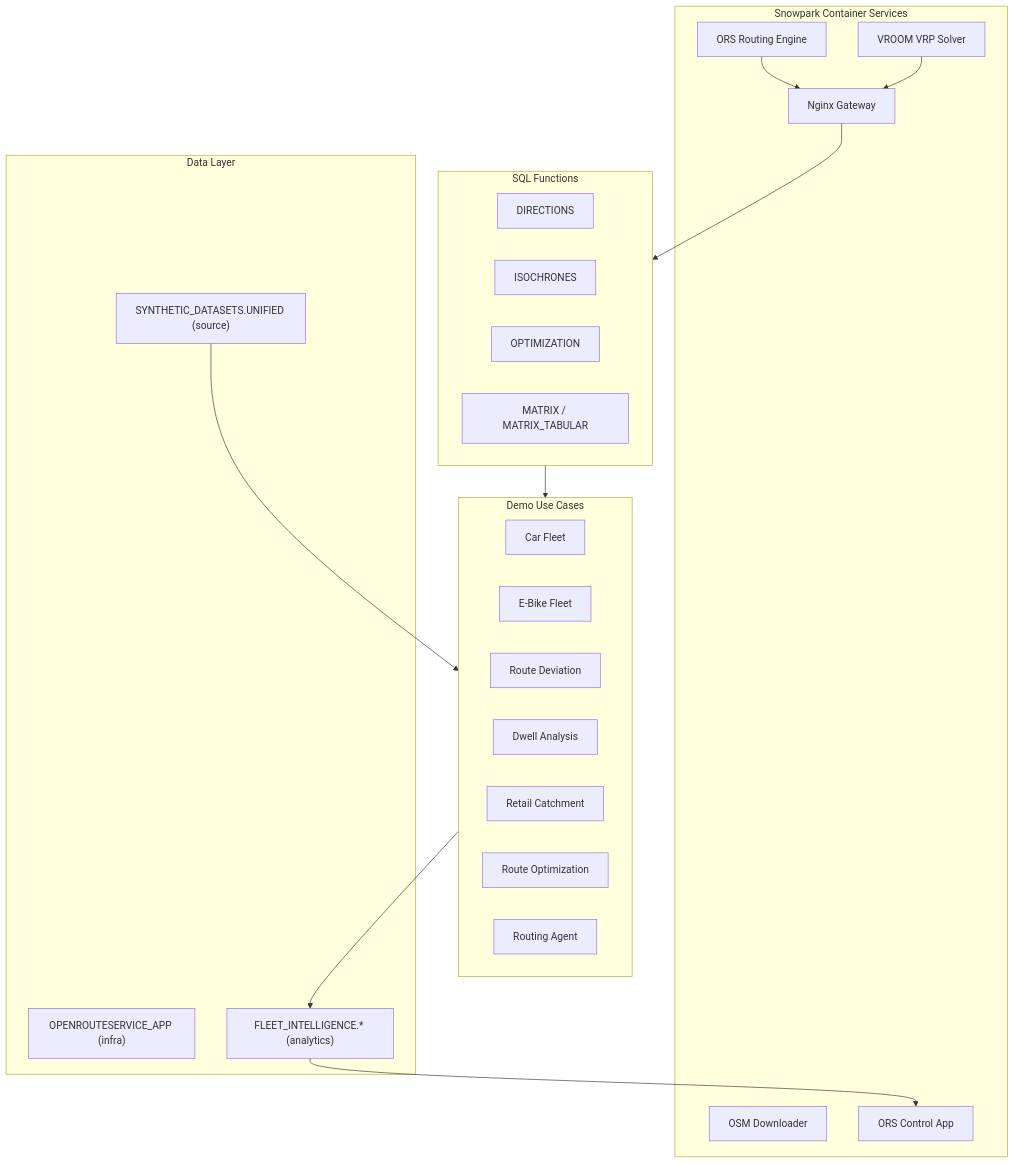
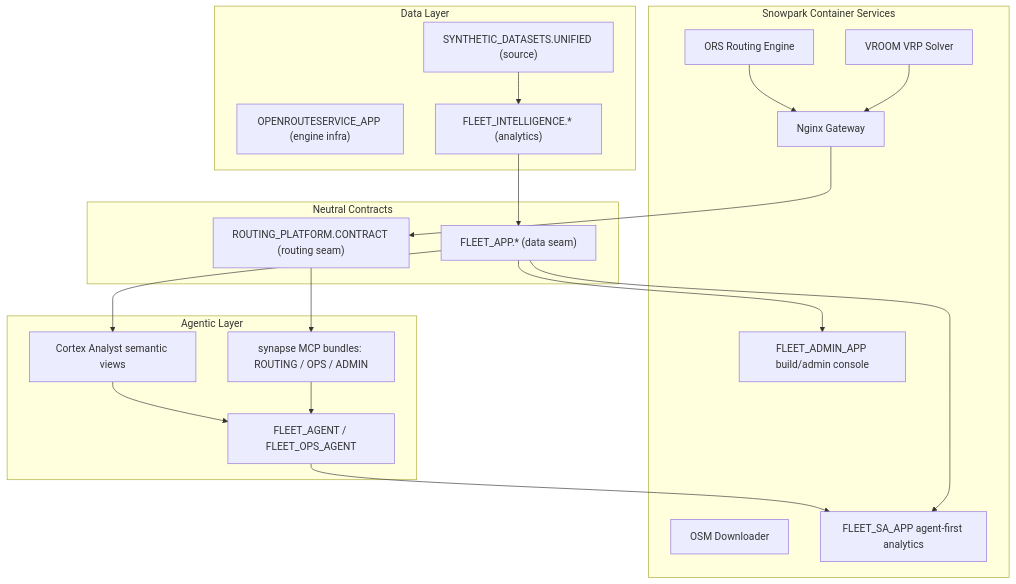
One commit to Snowflake-Labs/sfguide-create-a-route-optimisation-and-vehicle-route-plan-simulator changed the first of 2 diagrams in docs/ARCHITECTURE.md. Above: the diagram before and after it, drawn with Mermaid. The commit also changed other lines of this file and 3 other files, not shown here.

First line of the commit message:
docs: reflect two-app + agentic/MCP architecture in README and docs

````diff
--- a/docs/ARCHITECTURE.md
+++ b/docs/ARCHITECTURE.md
@@ -7,41 +7,41 @@
 ```mermaid
 graph TB
     subgraph spcs [Snowpark Container Services]
         ORS[ORS Routing Engine]
         VROOM[VROOM VRP Solver]
         GW[Nginx Gateway]
         DL[OSM Downloader]
-        UI[ORS Control App]
+        ADMIN[FLEET_ADMIN_APP build/admin console]
+        SA[FLEET_SA_APP agent-first analytics]
     end
 
-    subgraph functions [SQL Functions]
-        DIR[DIRECTIONS]
-        ISO[ISOCHRONES]
-        OPT[OPTIMIZATION]
-        MTX[MATRIX / MATRIX_TABULAR]
+    subgraph agentic [Agentic Layer]
+        AGENT[FLEET_AGENT / FLEET_OPS_AGENT]
+        MCP[synapse MCP bundles: ROUTING / OPS / ADMIN]
+        SV[Cortex Analyst semantic views]
+    end
+
+    subgraph contracts [Neutral Contracts]
+        RC["ROUTING_PLATFORM.CONTRACT (routing seam)"]
+        FA["FLEET_APP.* (data seam)"]
     end
 
     subgraph data [Data Layer]
-        SETUP["OPENROUTESERVICE_APP (infra)"]
+        SETUP["OPENROUTESERVICE_APP (engine infra)"]
         SYNTH["SYNTHETIC_DATASETS.UNIFIED (source)"]
         FI["FLEET_INTELLIGENCE.* (analytics)"]
     end
 
-    subgraph skills [Demo Use Cases]
-        S1[Car Fleet]
-        S2[E-Bike Fleet]
-        S3[Route Deviation]
-        S4[Dwell Analysis]
-        S5[Retail Catchment]
-        S6[Route Optimization]
-        S7[Routing Agent]
-    end
-
     ORS --> GW
     VROOM --> GW
-    GW --> functions
-    functions --> skills
-    SYNTH --> skills
-    skills --> FI
-    FI --> UI
+    GW --> RC
+    SYNTH --> FI
+    FI --> FA
+    FA --> SV
+    RC --> MCP
+    SV --> AGENT
+    MCP --> AGENT
+    AGENT --> SA
+    FA --> SA
+    FA --> ADMIN
 ```
````
